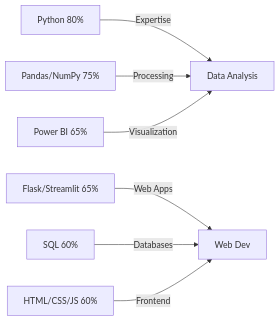
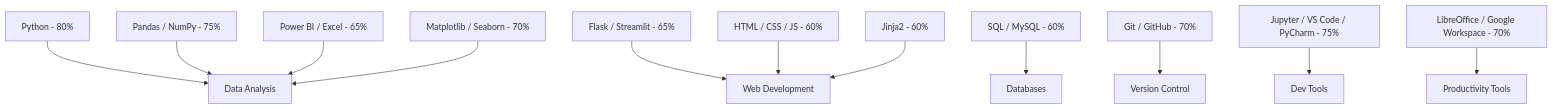
The diagram in README.md (Its-Vikas-xd/Its-Vikas-xd), drawn with Mermaid before and after one commit.

````diff
--- a/README.md
+++ b/README.md
@@ -132,9 +132,20 @@
 ```mermaid
-graph LR
-    A[Python 80%] -->|Expertise| B[Data Analysis]
-    C[Pandas/NumPy 75%] -->|Processing| B
-    D[Power BI 65%] -->|Visualization| B
-    E[Flask/Streamlit 65%] -->|Web Apps| F[Web Dev]
-    G[SQL 60%] -->|Databases| F
-    H[HTML/CSS/JS 60%] -->|Frontend| F
+graph TD
+    %% Core Areas
+    A[Python - 80%] --> B[Data Analysis]
+    B1[Pandas / NumPy - 75%] --> B
+    B2[Power BI / Excel - 65%] --> B
+    B3[Matplotlib / Seaborn - 70%] --> B
+
+    C[Flask / Streamlit - 65%] --> D[Web Development]
+    D1[HTML / CSS / JS - 60%] --> D
+    D2[Jinja2 - 60%] --> D
+
+    E[SQL / MySQL - 60%] --> F[Databases]
+    
+    G[Git / GitHub - 70%] --> H[Version Control]
+    I[Jupyter / VS Code / PyCharm - 75%] --> J[Dev Tools]
+
+    K[LibreOffice / Google Workspace - 70%] --> L[Productivity Tools]
+
 ```
````
